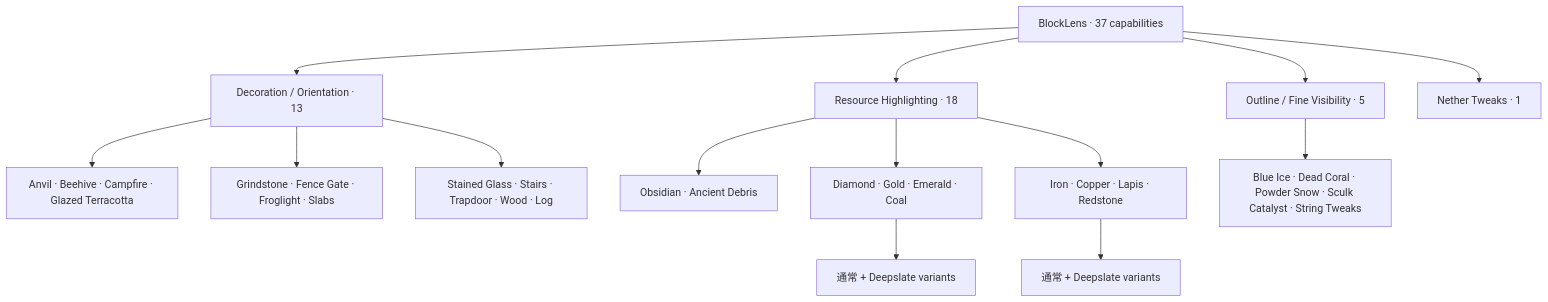
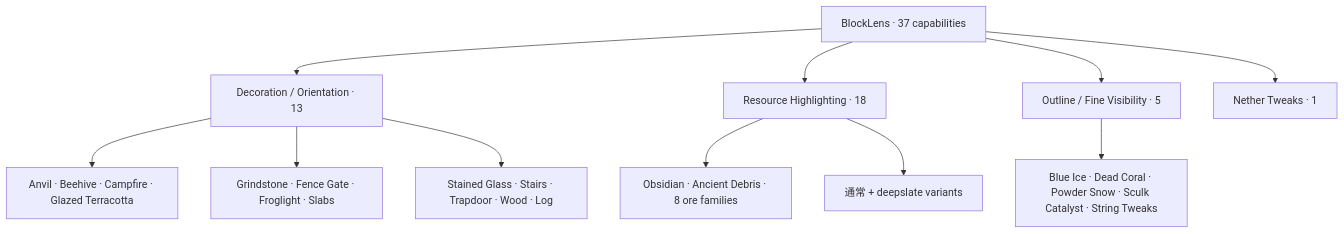
One commit to bosatsu25/BlockLens changed the first of 4 diagrams in README_ja.md. Above: the diagram before and after it, drawn with Mermaid. The commit also changed other lines of this file, not shown here.

````diff
--- a/README_ja.md
+++ b/README_ja.md
@@ -52,20 +27,15 @@
 ```mermaid
 flowchart TB
     BL[BlockLens · 37 capabilities]
     BL --> D[Decoration / Orientation · 13]
     BL --> R[Resource Highlighting · 18]
     BL --> O[Outline / Fine Visibility · 5]
     BL --> N[Nether Tweaks · 1]
 
     D --> D1[Anvil · Beehive · Campfire · Glazed Terracotta]
     D --> D2[Grindstone · Fence Gate · Froglight · Slabs]
     D --> D3[Stained Glass · Stairs · Trapdoor · Wood · Log]
-
-    R --> R1[Obsidian · Ancient Debris]
-    R --> R2[Diamond · Gold · Emerald · Coal]
-    R --> R3[Iron · Copper · Lapis · Redstone]
-    R2 --> R4[通常 + Deepslate variants]
-    R3 --> R5[通常 + Deepslate variants]
-
+    R --> R1[Obsidian · Ancient Debris · 8 ore families]
+    R --> R2[通常 + deepslate variants]
     O --> O1[Blue Ice · Dead Coral · Powder Snow · Sculk Catalyst · String Tweaks]
 ```
````
